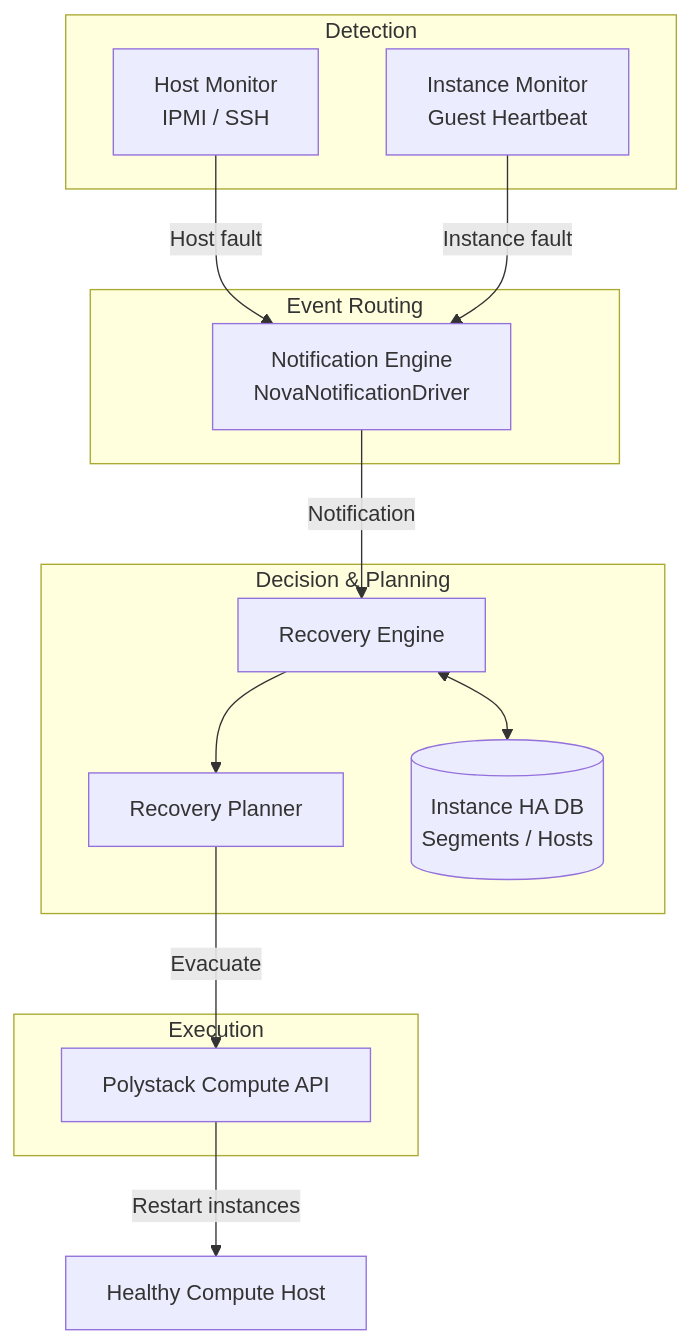
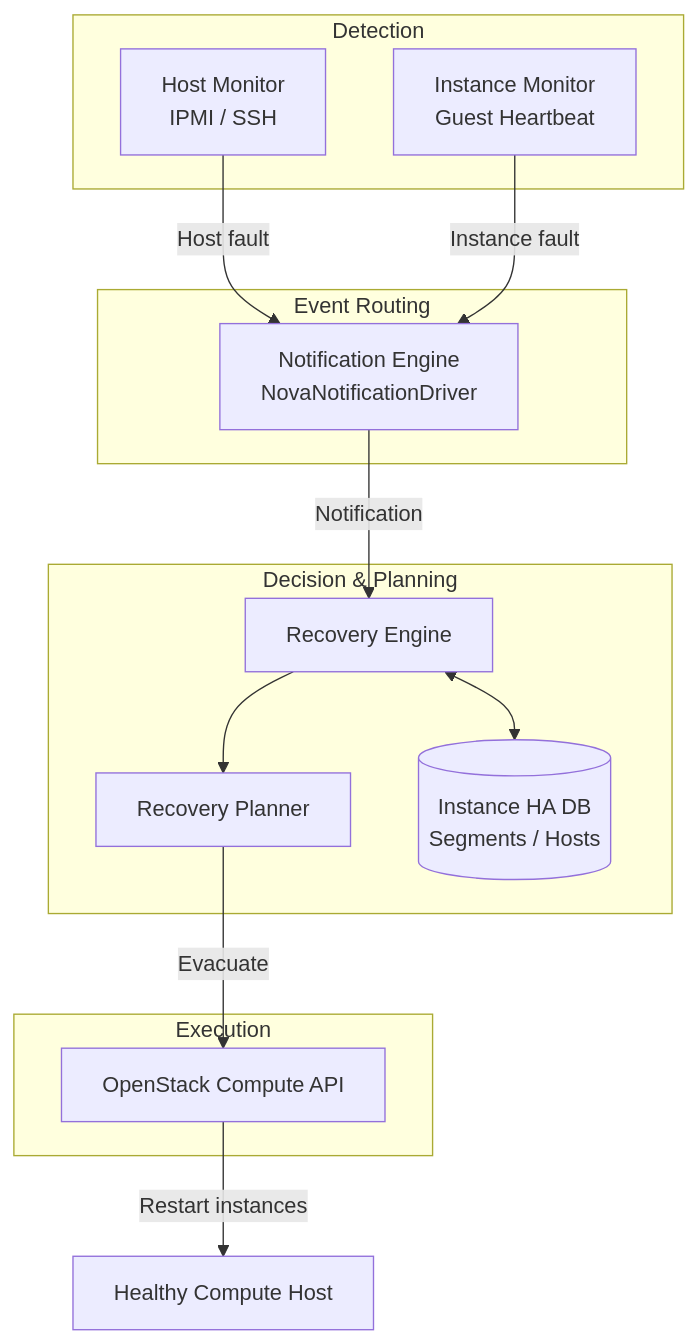
The first of 2 diagrams in services/instance-ha/admin-guide/architecture.mdx (ankur-kumar87/docs-polystack), drawn with Mermaid before and after one commit. The commit also changed other lines of this file and 19 other files, not shown here.

Commit message:
docs: rename API references to OpenStack

````diff
--- a/services/instance-ha/admin-guide/architecture.mdx
+++ b/services/instance-ha/admin-guide/architecture.mdx
@@ -24,29 +24,29 @@
 ```mermaid
 graph TD
     subgraph Detection
         HM[Host Monitor<br/>IPMI / SSH]
         IM[Instance Monitor<br/>Guest Heartbeat]
     end
 
     subgraph Event Routing
         NE[Notification Engine<br/>NovaNotificationDriver]
     end
 
     subgraph Decision & Planning
         RE[Recovery Engine]
         PL[Recovery Planner]
         DB[(Instance HA DB<br/>Segments / Hosts)]
     end
 
     subgraph Execution
-        CA[Polystack Compute API]
+        CA[OpenStack Compute API]
     end
 
     HM -->|Host fault| NE
     IM -->|Instance fault| NE
     NE -->|Notification| RE
     RE <--> DB
     RE --> PL
     PL -->|Evacuate| CA
     CA -->|Restart instances| CN[Healthy Compute Host]
 ```
````
